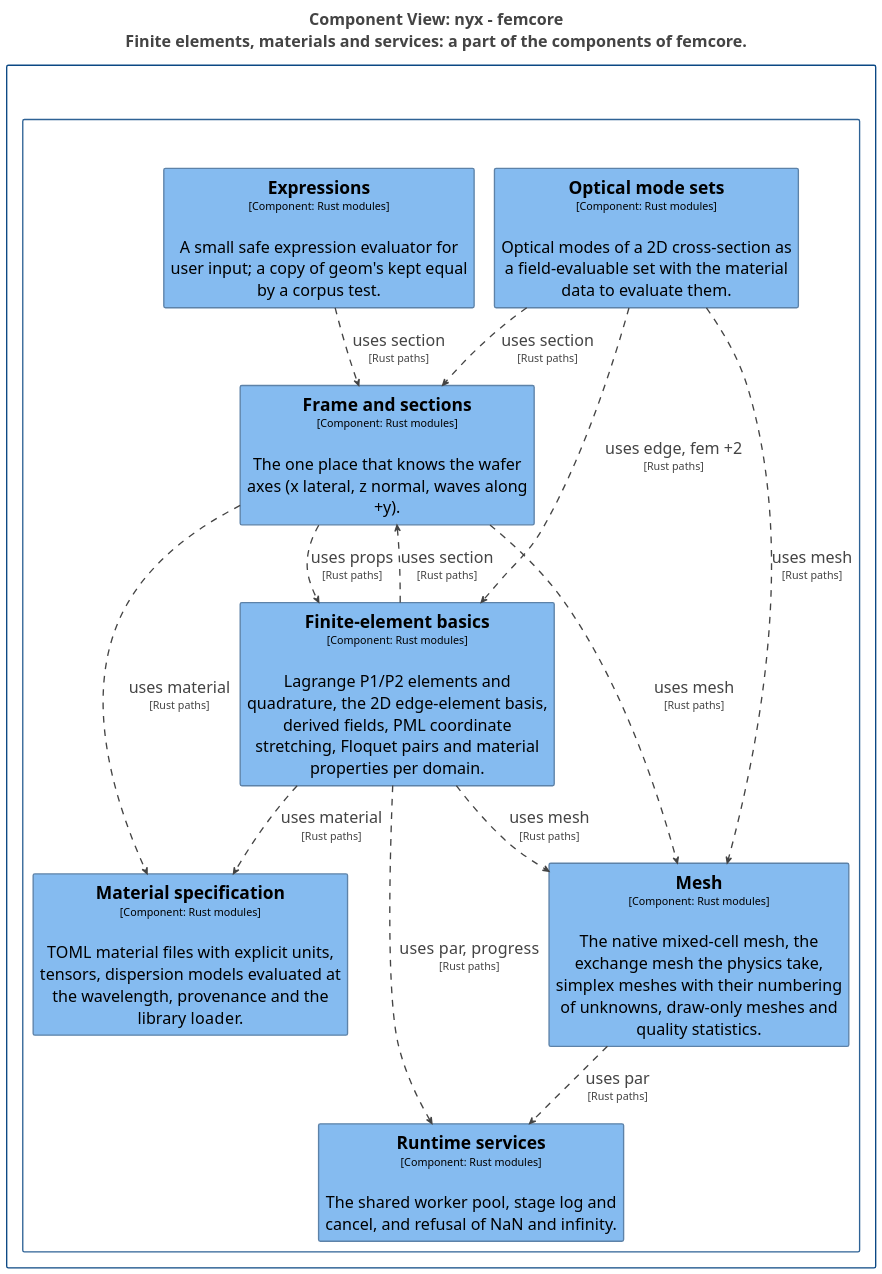
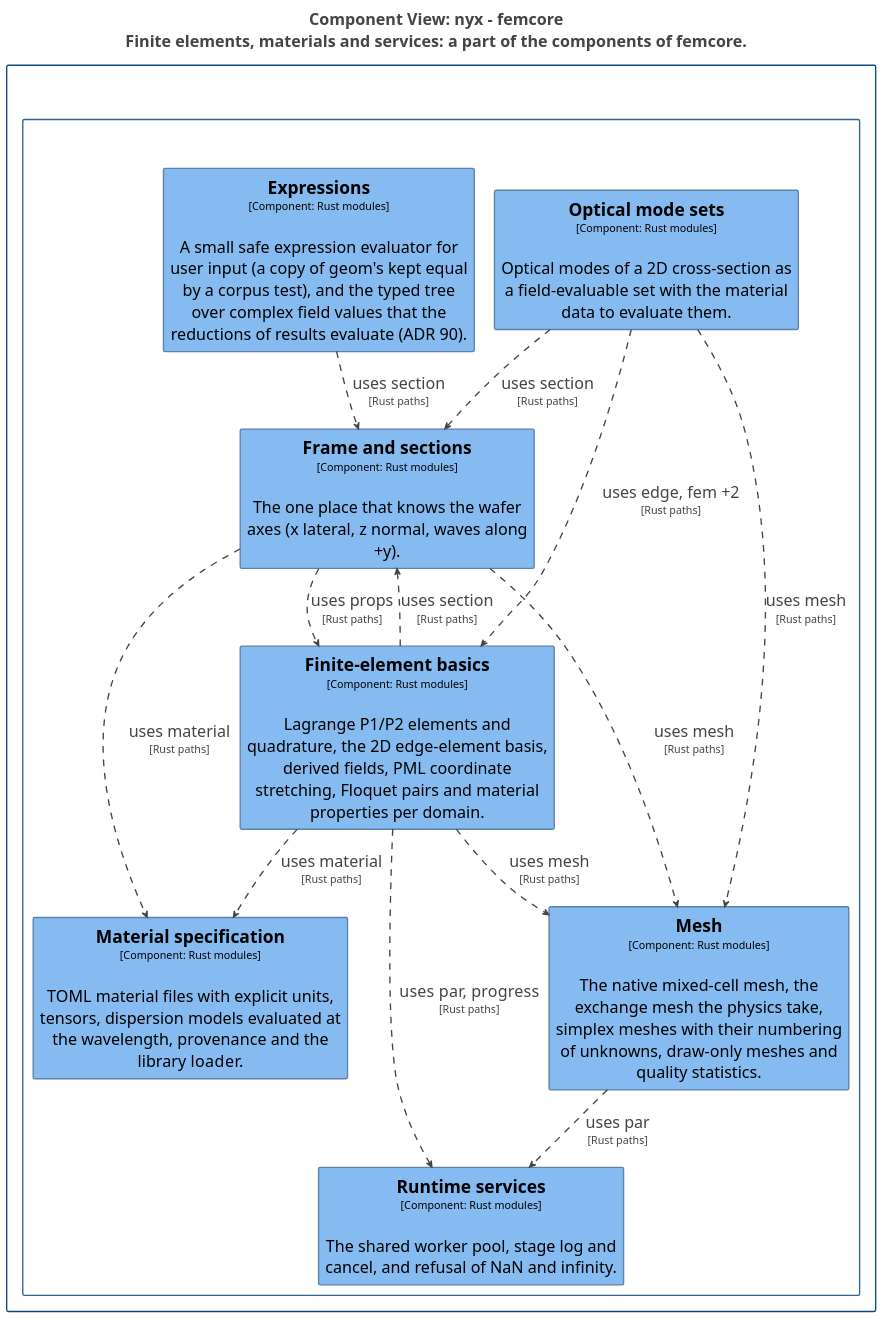
Before and after one commit to p-j-r/nyx: the diagram in docs/architecture/c4/export/plantuml/structurizr-Components_femcore_fem.puml, drawn with PlantUML. The commit also changed 61 other files, not shown here.

```diff
--- a/docs/architecture/c4/export/plantuml/structurizr-Components_femcore_fem.puml
+++ b/docs/architecture/c4/export/plantuml/structurizr-Components_femcore_fem.puml
@@ -1,85 +1,85 @@
 @startuml
 title <size:24>Component View: nyx - femcore</size>\n<size:24>Finite elements, materials and services: a part of the components of femcore.</size>
 
 set separator none
 top to bottom direction
 skinparam ranksep 60
 skinparam nodesep 30
 hide stereotype
 
 <style>
   root {
     BackgroundColor: #ffffff;
     FontColor: #444444;
   }
   // Element,Component
   .Element-RWxlbWVudCxDb21wb25lbnQ= {
     BackgroundColor: #85bbf0;
     LineColor: #5d82a8;
     LineStyle: 0;
     LineThickness: 2;
     FontColor: #000000;
     FontSize: 24;
     HorizontalAlignment: center;
     Shadowing: 0;
     MaximumWidth: 450;
   }
   // Relationship
   .Relationship-UmVsYXRpb25zaGlw {
     LineThickness: 2;
     LineStyle: 10-10;
     LineColor: #444444;
     FontColor: #444444;
     FontSize: 24;
   }
   // femcore
   .Boundary-ZmVtY29yZQ== {
     BackgroundColor: #ffffff;
     LineColor: #2e6295;
     LineStyle: 0;
     LineThickness: 2;
     FontColor: #ffffff;
     FontSize: 24;
     HorizontalAlignment: center;
     Shadowing: 0;
   }
   // nyx
   .Boundary-bnl4 {
     BackgroundColor: #ffffff;
     LineColor: #0b4884;
     LineStyle: 0;
     LineThickness: 2;
     FontColor: #ffffff;
     FontSize: 24;
     HorizontalAlignment: center;
     Shadowing: 0;
   }
 </style>
 
 rectangle "nyx\n<size:16>[Software System]</size>" <<Boundary-bnl4>> {
   rectangle "femcore\n<size:16>[Container: Rust library]</size>" <<Boundary-ZmVtY29yZQ==>> {
     rectangle "==Frame and sections\n<size:16>[Component: Rust modules]</size>\n\nThe one place that knows the wafer axes (x lateral, z normal, waves along +y)." <<Element-RWxlbWVudCxDb21wb25lbnQ=>> as nyx.femcore.Frameandsections
-    rectangle "==Expressions\n<size:16>[Component: Rust modules]</size>\n\nA small safe expression evaluator for user input; a copy of geom's kept equal by a corpus test." <<Element-RWxlbWVudCxDb21wb25lbnQ=>> as nyx.femcore.Expressions
+    rectangle "==Expressions\n<size:16>[Component: Rust modules]</size>\n\nA small safe expression evaluator for user input (a copy of geom's kept equal by a corpus test), and the typed tree over complex field values that the reductions of results evaluate (ADR 90)." <<Element-RWxlbWVudCxDb21wb25lbnQ=>> as nyx.femcore.Expressions
     rectangle "==Runtime services\n<size:16>[Component: Rust modules]</size>\n\nThe shared worker pool, stage log and cancel, and refusal of NaN and infinity." <<Element-RWxlbWVudCxDb21wb25lbnQ=>> as nyx.femcore.Runtimeservices
     rectangle "==Mesh\n<size:16>[Component: Rust modules]</size>\n\nThe native mixed-cell mesh, the exchange mesh the physics take, simplex meshes with their numbering of unknowns, draw-only meshes and quality statistics." <<Element-RWxlbWVudCxDb21wb25lbnQ=>> as nyx.femcore.Mesh
     rectangle "==Finite-element basics\n<size:16>[Component: Rust modules]</size>\n\nLagrange P1/P2 elements and quadrature, the 2D edge-element basis, derived fields, PML coordinate stretching, Floquet pairs and material properties per domain." <<Element-RWxlbWVudCxDb21wb25lbnQ=>> as nyx.femcore.Finiteelementbasics
     rectangle "==Material specification\n<size:16>[Component: Rust modules]</size>\n\nTOML material files with explicit units, tensors, dispersion models evaluated at the wavelength, provenance and the library loader." <<Element-RWxlbWVudCxDb21wb25lbnQ=>> as nyx.femcore.Materialspecification
     rectangle "==Optical mode sets\n<size:16>[Component: Rust modules]</size>\n\nOptical modes of a 2D cross-section as a field-evaluable set with the material data to evaluate them." <<Element-RWxlbWVudCxDb21wb25lbnQ=>> as nyx.femcore.Opticalmodesets
   }
 
 }
 
 nyx.femcore.Expressions --> nyx.femcore.Frameandsections <<Relationship-UmVsYXRpb25zaGlw>> : "uses section\n<size:16>[Rust paths]</size>"
 nyx.femcore.Finiteelementbasics --> nyx.femcore.Materialspecification <<Relationship-UmVsYXRpb25zaGlw>> : "uses material\n<size:16>[Rust paths]</size>"
 nyx.femcore.Finiteelementbasics --> nyx.femcore.Mesh <<Relationship-UmVsYXRpb25zaGlw>> : "uses mesh\n<size:16>[Rust paths]</size>"
 nyx.femcore.Finiteelementbasics --> nyx.femcore.Runtimeservices <<Relationship-UmVsYXRpb25zaGlw>> : "uses par, progress\n<size:16>[Rust paths]</size>"
 nyx.femcore.Finiteelementbasics --> nyx.femcore.Frameandsections <<Relationship-UmVsYXRpb25zaGlw>> : "uses section\n<size:16>[Rust paths]</size>"
 nyx.femcore.Mesh --> nyx.femcore.Runtimeservices <<Relationship-UmVsYXRpb25zaGlw>> : "uses par\n<size:16>[Rust paths]</size>"
 nyx.femcore.Opticalmodesets --> nyx.femcore.Finiteelementbasics <<Relationship-UmVsYXRpb25zaGlw>> : "uses edge, fem +2\n<size:16>[Rust paths]</size>"
 nyx.femcore.Opticalmodesets --> nyx.femcore.Mesh <<Relationship-UmVsYXRpb25zaGlw>> : "uses mesh\n<size:16>[Rust paths]</size>"
 nyx.femcore.Opticalmodesets --> nyx.femcore.Frameandsections <<Relationship-UmVsYXRpb25zaGlw>> : "uses section\n<size:16>[Rust paths]</size>"
 nyx.femcore.Frameandsections --> nyx.femcore.Finiteelementbasics <<Relationship-UmVsYXRpb25zaGlw>> : "uses props\n<size:16>[Rust paths]</size>"
 nyx.femcore.Frameandsections --> nyx.femcore.Materialspecification <<Relationship-UmVsYXRpb25zaGlw>> : "uses material\n<size:16>[Rust paths]</size>"
 nyx.femcore.Frameandsections --> nyx.femcore.Mesh <<Relationship-UmVsYXRpb25zaGlw>> : "uses mesh\n<size:16>[Rust paths]</size>"
 
 @enduml
```
